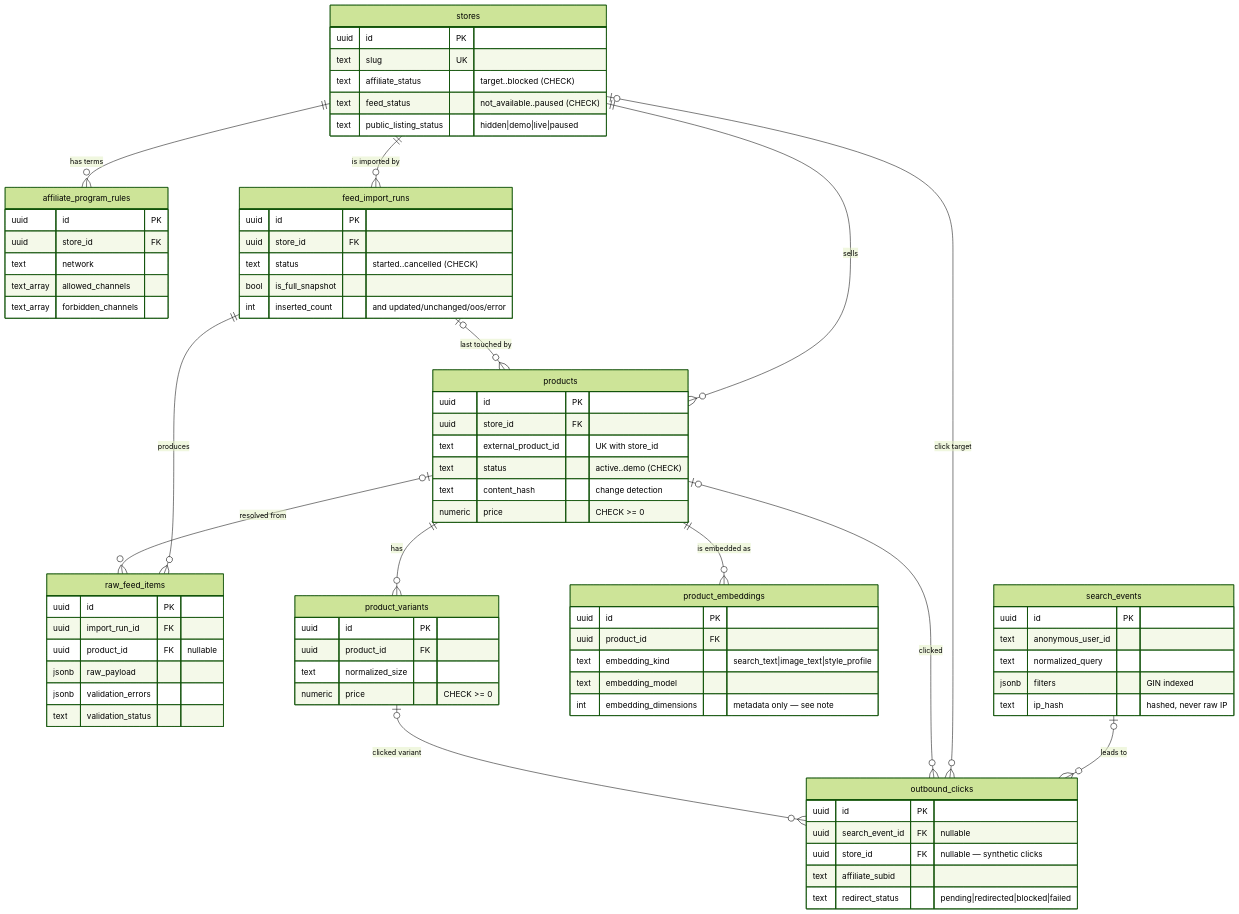
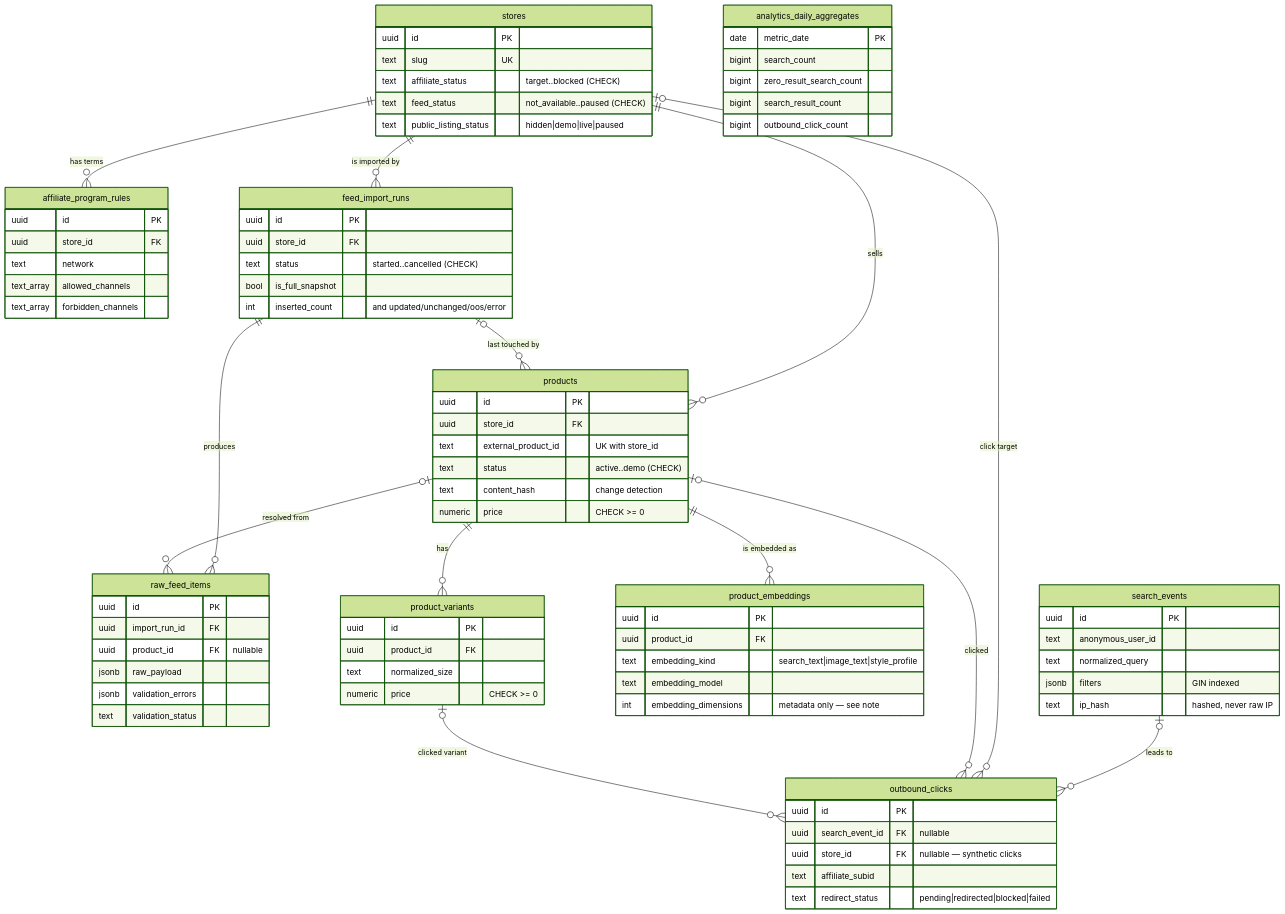
Before and after one commit to Yashelly/Fashion_Aggregator: the diagram in docs/data-model.md, drawn with Mermaid (forest theme). The commit also changed other lines of this file and 41 other files, not shown here.

````diff
--- a/docs/data-model.md
+++ b/docs/data-model.md
@@ -92,4 +92,11 @@
         text affiliate_subid
         text redirect_status "pending|redirected|blocked|failed"
     }
+    analytics_daily_aggregates {
+        date metric_date PK
+        bigint search_count
+        bigint zero_result_search_count
+        bigint search_result_count
+        bigint outbound_click_count
+    }
 ```
````
